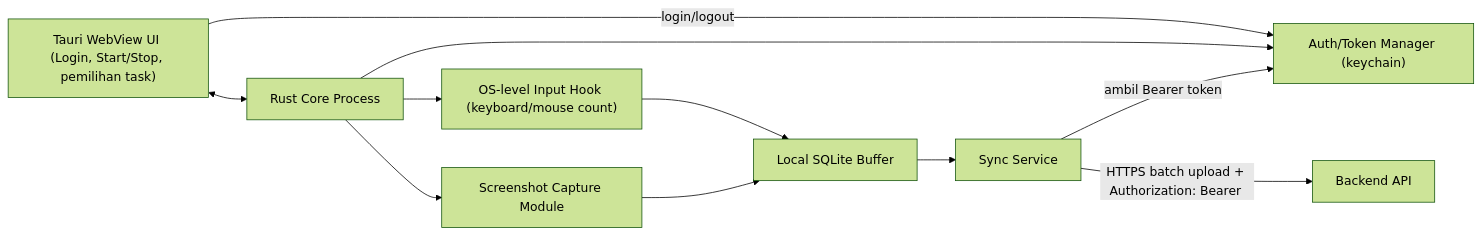
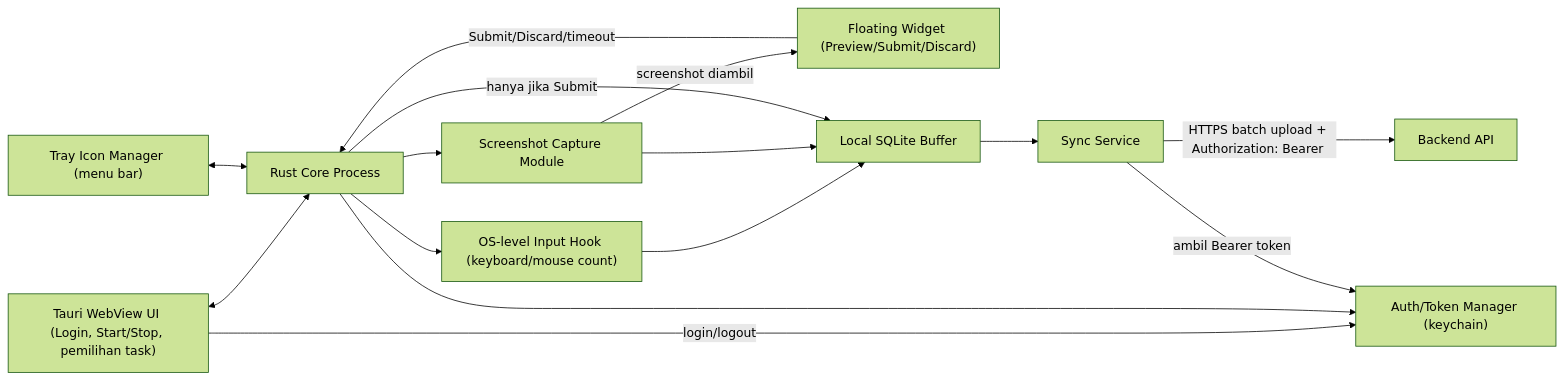
The second of 13 diagrams in SDD_Lean_Internal.md (itshazlan/trackflow), drawn with Mermaid (forest theme) before and after one commit. The commit also changed other lines of this file and 8 other files, not shown here.

Commit message:
feat: implement system tray integration, floating screenshot widget, and task activity notes with documentation updates

````diff
--- a/SDD_Lean_Internal.md
+++ b/SDD_Lean_Internal.md
@@ -166,21 +166,27 @@
 ```mermaid
 flowchart LR
     UI["Tauri WebView UI (Login, Start/Stop, pemilihan task)"]
+    TRAY["Tray Icon Manager (menu bar)"]
+    WIDGET["Floating Widget (Preview/Submit/Discard)"]
     CORE["Rust Core Process"]
     AUTH["Auth/Token Manager (keychain)"]
     HOOK["OS-level Input Hook (keyboard/mouse count)"]
     CAP["Screenshot Capture Module"]
     LOCALDB["Local SQLite Buffer"]
     SYNC["Sync Service"]
 
     UI <--> CORE
     UI -- login/logout --> AUTH
+    TRAY <--> CORE
     CORE --> HOOK
     CORE --> CAP
     CORE --> AUTH
+    CAP -- screenshot diambil --> WIDGET
+    WIDGET -- Submit/Discard/timeout --> CORE
     HOOK --> LOCALDB
     CAP --> LOCALDB
+    CORE -- hanya jika Submit --> LOCALDB
     LOCALDB --> SYNC
     SYNC -- ambil Bearer token --> AUTH
     SYNC -- "HTTPS batch upload + Authorization: Bearer <token>" --> API["Backend API"]
 ```
````
